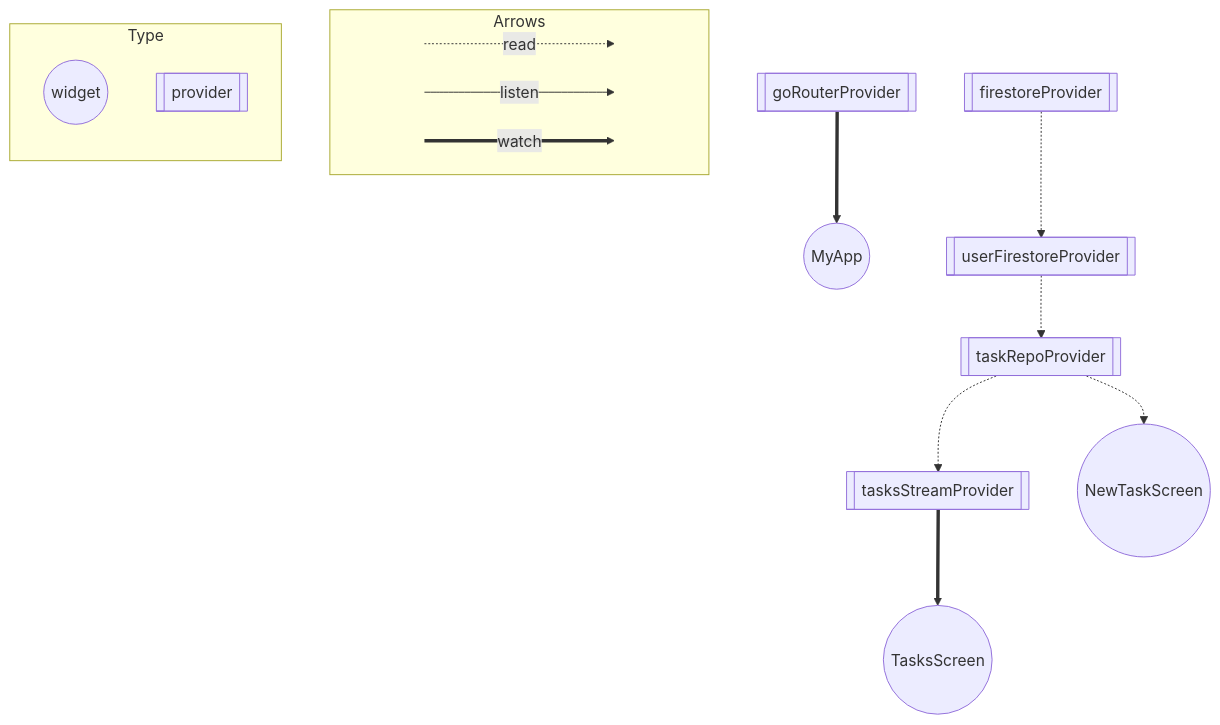
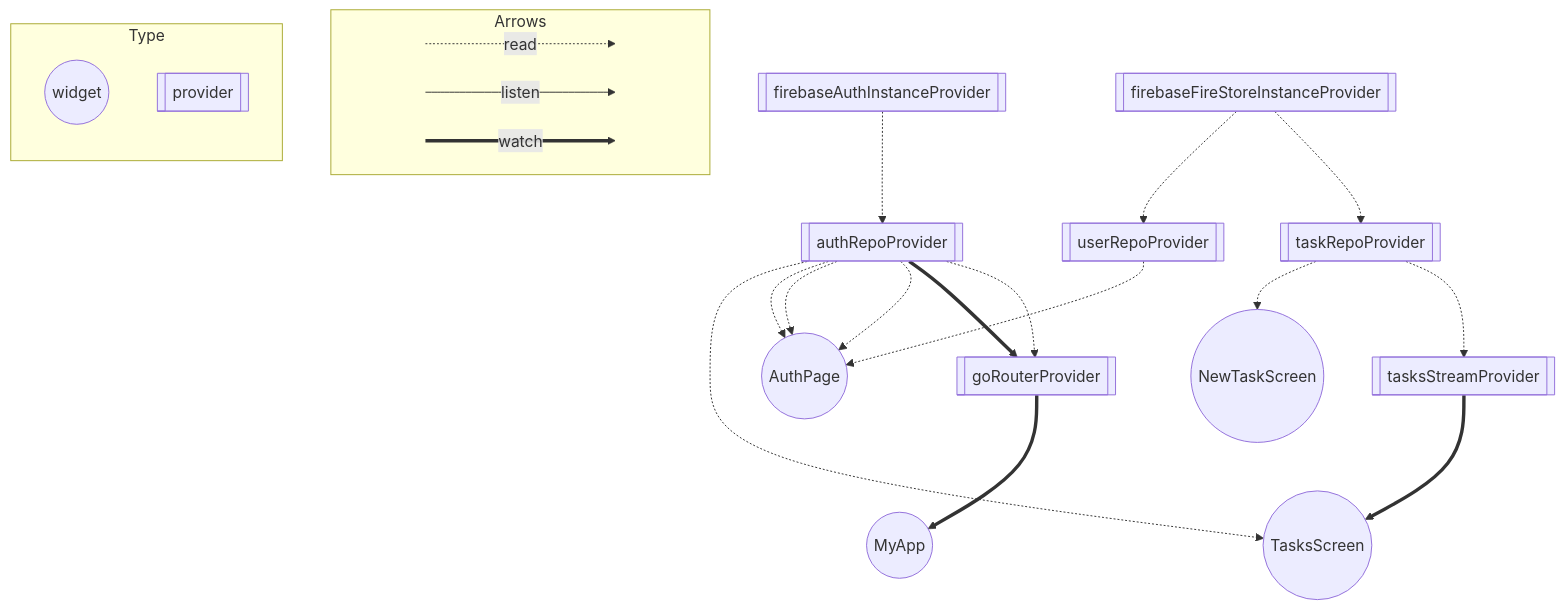
Before and after one commit to Gonmura-inc/riverpod_training: the diagram in README.md, drawn with Mermaid. The commit also changed other lines of this file and 1 other file, not shown here.

````diff
--- a/README.md
+++ b/README.md
@@ -42,35 +56,46 @@
 ```mermaid
 flowchart TB
   subgraph Arrows
     direction LR
     start1[ ] -..->|read| stop1[ ]
     style start1 height:0px;
     style stop1 height:0px;
     start2[ ] --->|listen| stop2[ ]
     style start2 height:0px;
     style stop2 height:0px; 
     start3[ ] ===>|watch| stop3[ ]
     style start3 height:0px;
     style stop3 height:0px; 
   end
 
   subgraph Type
     direction TB
     ConsumerWidget((widget));
     Provider[[provider]];
   end
   MyApp((MyApp));
   goRouterProvider ==> MyApp;
   TasksScreen((TasksScreen));
   tasksStreamProvider ==> TasksScreen;
+  authRepoProvider -.-> TasksScreen;
+  AuthPage((AuthPage));
+  authRepoProvider -.-> AuthPage;
+  authRepoProvider -.-> AuthPage;
+  authRepoProvider -.-> AuthPage;
+  userRepoProvider -.-> AuthPage;
   NewTaskScreen((NewTaskScreen));
   taskRepoProvider -.-> NewTaskScreen;
   goRouterProvider[[goRouterProvider]];
+  authRepoProvider ==> goRouterProvider;
+  authRepoProvider -.-> goRouterProvider;
+  authRepoProvider[[authRepoProvider]];
+  firebaseAuthInstanceProvider -.-> authRepoProvider;
   tasksStreamProvider[[tasksStreamProvider]];
   taskRepoProvider -.-> tasksStreamProvider;
+  userRepoProvider[[userRepoProvider]];
+  firebaseFireStoreInstanceProvider -.-> userRepoProvider;
   taskRepoProvider[[taskRepoProvider]];
-  userFirestoreProvider -.-> taskRepoProvider;
-  userFirestoreProvider[[userFirestoreProvider]];
-  firestoreProvider -.-> userFirestoreProvider;
-  firestoreProvider[[firestoreProvider]];
+  firebaseFireStoreInstanceProvider -.-> taskRepoProvider;
+  firebaseFireStoreInstanceProvider[[firebaseFireStoreInstanceProvider]];
+  firebaseAuthInstanceProvider[[firebaseAuthInstanceProvider]];
 ```
````
